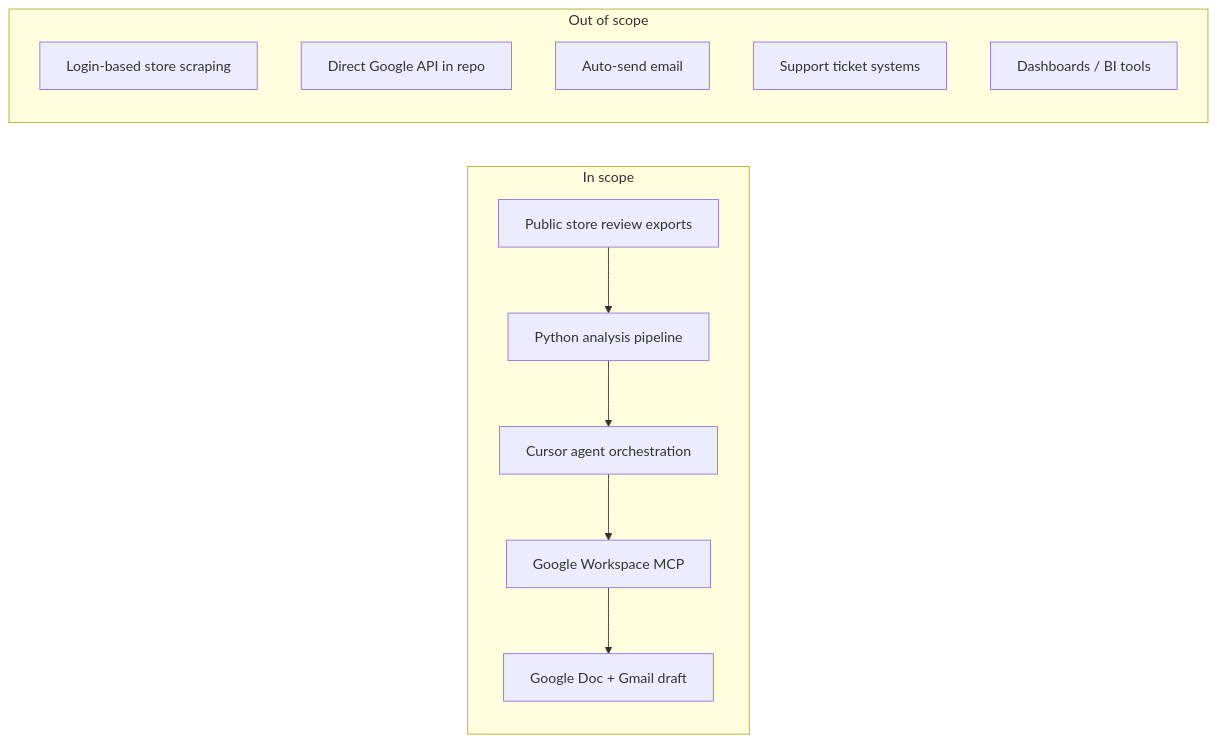
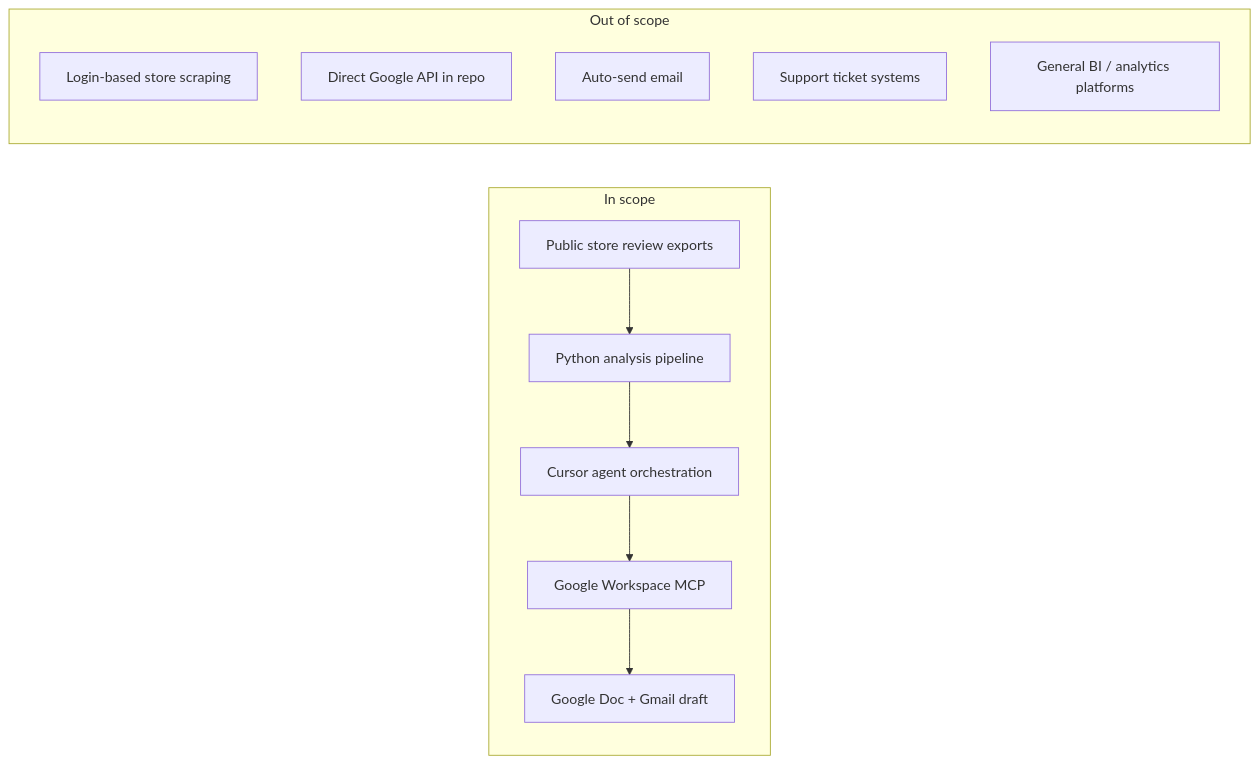
Before and after one commit to Rukhsar24081998/Weekly_Pulse_Grow-: the first of 7 diagrams in Docs/architecture.md, drawn with Mermaid. The commit also changed other lines of this file, not shown here.

First line of the commit message:
Document Phase 7 public deployment in architecture.md.

````diff
--- a/Docs/architecture.md
+++ b/Docs/architecture.md
@@ -41,20 +41,20 @@
 ```mermaid
 flowchart LR
     subgraph InScope["In scope"]
         EXP[Public store review exports]
         PIPE[Python analysis pipeline]
         AGENT[Cursor agent orchestration]
         MCP[Google Workspace MCP]
         OUT[Google Doc + Gmail draft]
     end
 
     subgraph OutScope["Out of scope"]
         SCRAPE[Login-based store scraping]
         SDK[Direct Google API in repo]
         SEND[Auto-send email]
         CRM[Support ticket systems]
-        BI[Dashboards / BI tools]
+        BI[General BI / analytics platforms]
     end
 
     EXP --> PIPE --> AGENT --> MCP --> OUT
 ```
````
